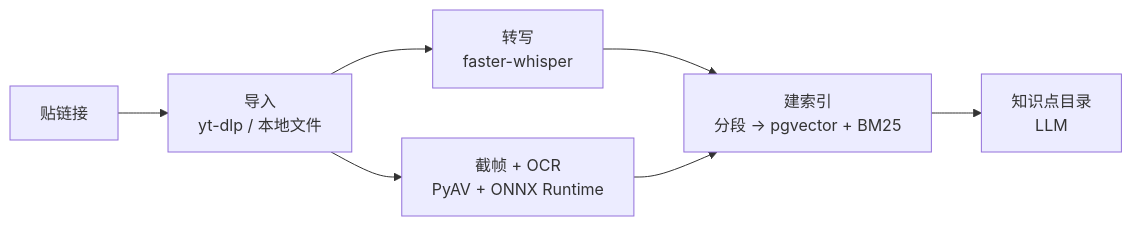
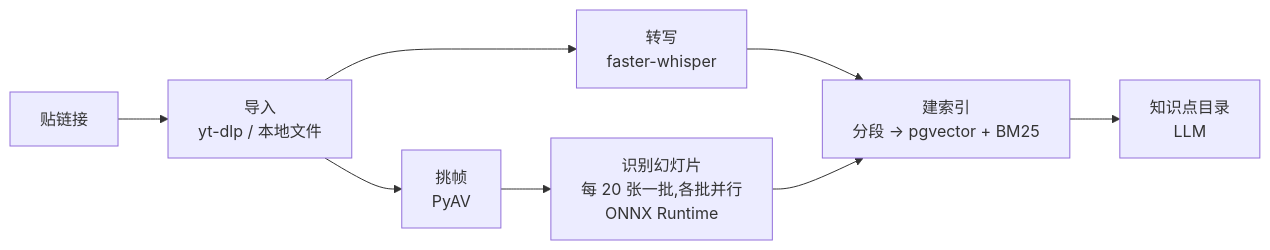
The diagram in README.zh.md (congfanpu-lgtm/lecturelens), drawn with Mermaid before and after one commit. The commit also changed other lines of this file and 3 other files, not shown here.

````diff
--- a/README.zh.md
+++ b/README.zh.md
@@ -34,9 +34,10 @@
 ```mermaid
 flowchart LR
   A[贴链接] --> I[导入<br/>yt-dlp / 本地文件]
   I --> T[转写<br/>faster-whisper]
-  I --> F[截帧 + OCR<br/>PyAV + ONNX Runtime]
+  I --> F[挑帧<br/>PyAV]
+  F --> O[识别幻灯片<br/>每 20 张一批,各批并行<br/>ONNX Runtime]
   T --> X[建索引<br/>分段 → pgvector + BM25]
-  F --> X
+  O --> X
   X --> C[知识点目录<br/>LLM]
 ```
````
